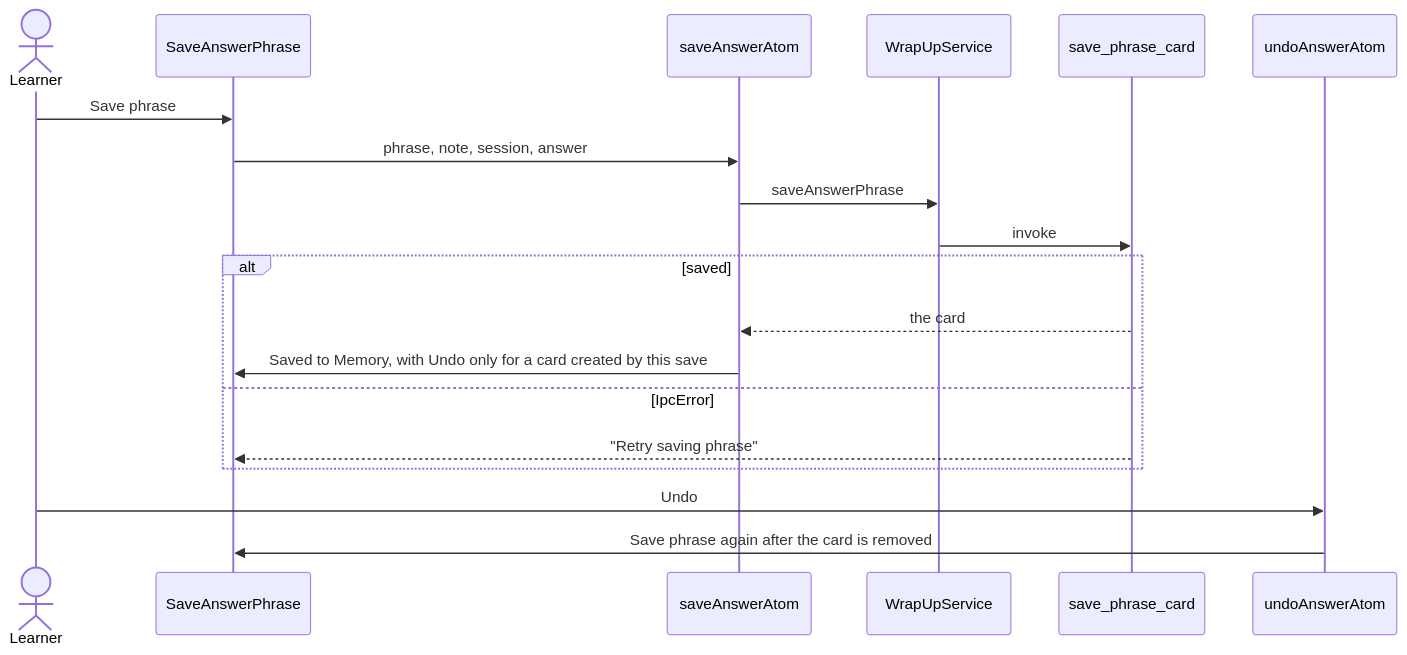
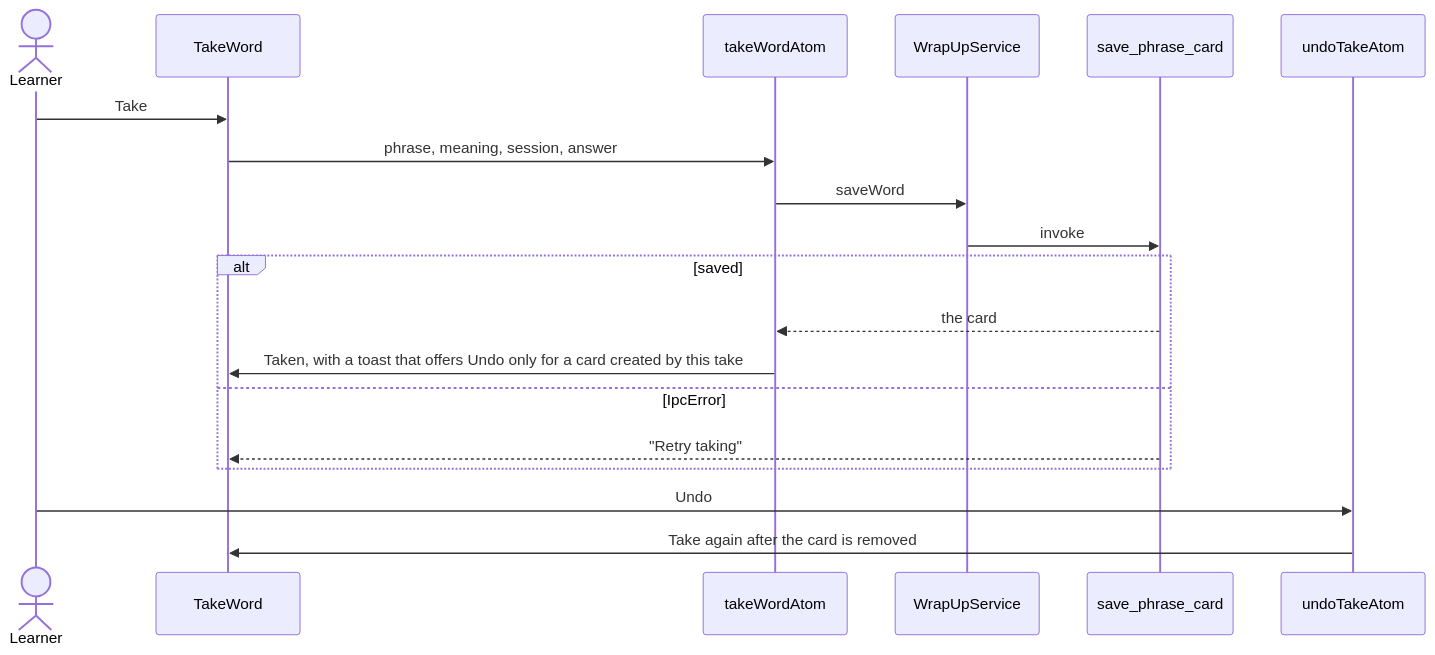
Before and after one commit to oleksii-latyshev/english-trainer: the second of 2 diagrams in src/features/wrap-up/flow.md, drawn with Mermaid. The commit also changed other lines of this file and 93 other files, not shown here.

````diff
--- a/src/features/wrap-up/flow.md
+++ b/src/features/wrap-up/flow.md
@@ -113,22 +52,22 @@
 ```mermaid
 sequenceDiagram
     actor Learner
-    participant Button as SaveAnswerPhrase
-    participant Save as saveAnswerAtom
+    participant Button as TakeWord
+    participant Take as takeWordAtom
     participant Service as WrapUpService
     participant Rust as save_phrase_card
-    participant Undo as undoAnswerAtom
+    participant Undo as undoTakeAtom
 
-    Learner->>Button: Save phrase
-    Button->>Save: phrase, note, session, answer
-    Save->>Service: saveAnswerPhrase
+    Learner->>Button: Take
+    Button->>Take: phrase, meaning, session, answer
+    Take->>Service: saveWord
     Service->>Rust: invoke
     alt saved
-        Rust-->>Save: the card
-        Save->>Button: Saved to Memory, with Undo only for a card created by this save
+        Rust-->>Take: the card
+        Take->>Button: Taken, with a toast that offers Undo only for a card created by this take
     else IpcError
-        Rust-->>Button: "Retry saving phrase"
+        Rust-->>Button: "Retry taking"
     end
     Learner->>Undo: Undo
-    Undo->>Button: Save phrase again after the card is removed
+    Undo->>Button: Take again after the card is removed
 ```
````
